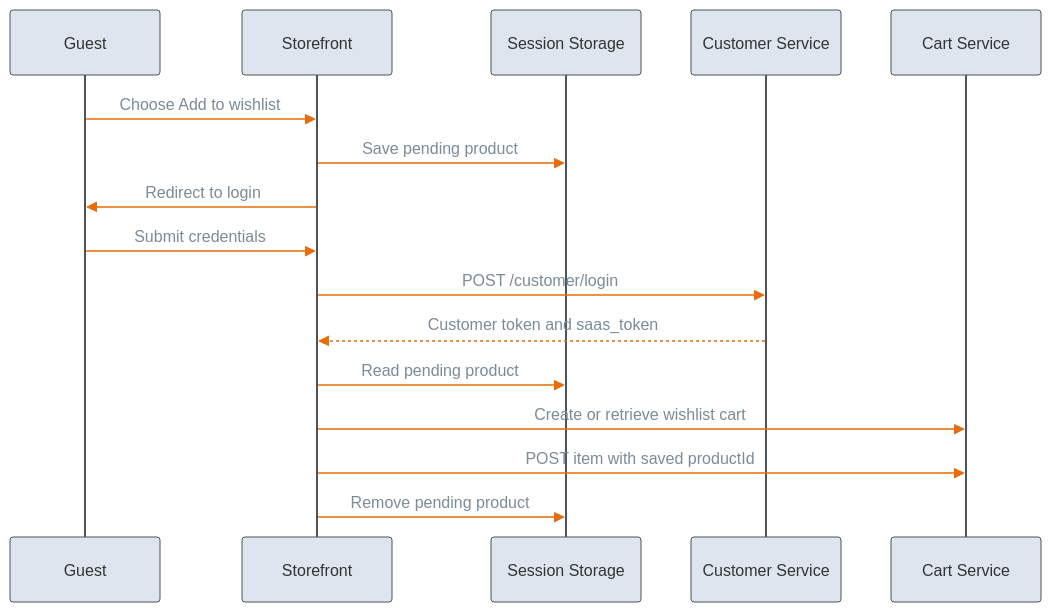
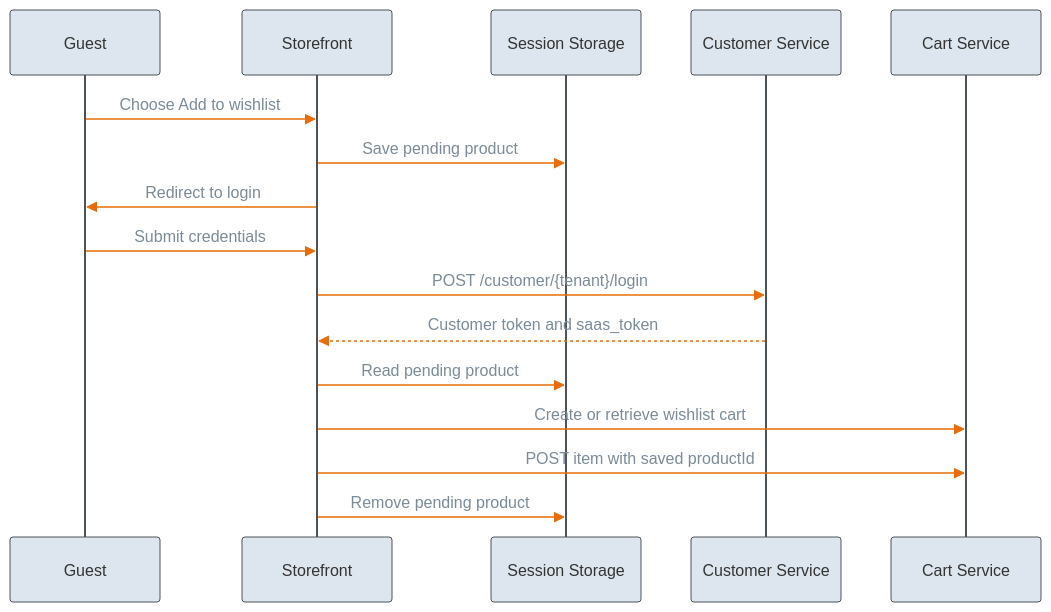
The diagram in checkout/cart/wishlist.md (emporix/api-references), drawn with Mermaid before and after one commit.

Commit message:
Potential fix for pull request finding

````diff
--- a/checkout/cart/wishlist.md
+++ b/checkout/cart/wishlist.md
@@ -197,33 +197,33 @@
 ```mermaid
 ---
 config:
   layout: fixed
   theme: base
   themeVariables:
     primaryColor: '#DDE6EE'
     primaryBorderColor: '#4C5359'
     actorBkg: '#DDE6EE'
     actorBorder: '#4C5359'
     actorLineColor: '#4C5359'
     signalColor: '#E86C07'
     signalTextColor: '#7B8B99'
     background: transparent
 ---
 sequenceDiagram
     participant Guest
     participant Storefront
     participant Storage as Session Storage
     participant Auth as Customer Service
     participant Cart as Cart Service
 
     Guest->>Storefront: Choose Add to wishlist
     Storefront->>Storage: Save pending product
     Storefront->>Guest: Redirect to login
     Guest->>Storefront: Submit credentials
-    Storefront->>Auth: POST /customer/login
+    Storefront->>Auth: POST /customer/{tenant}/login
     Auth-->>Storefront: Customer token and saas_token
     Storefront->>Storage: Read pending product
     Storefront->>Cart: Create or retrieve wishlist cart
     Storefront->>Cart: POST item with saved productId
     Storefront->>Storage: Remove pending product
 ```
````
